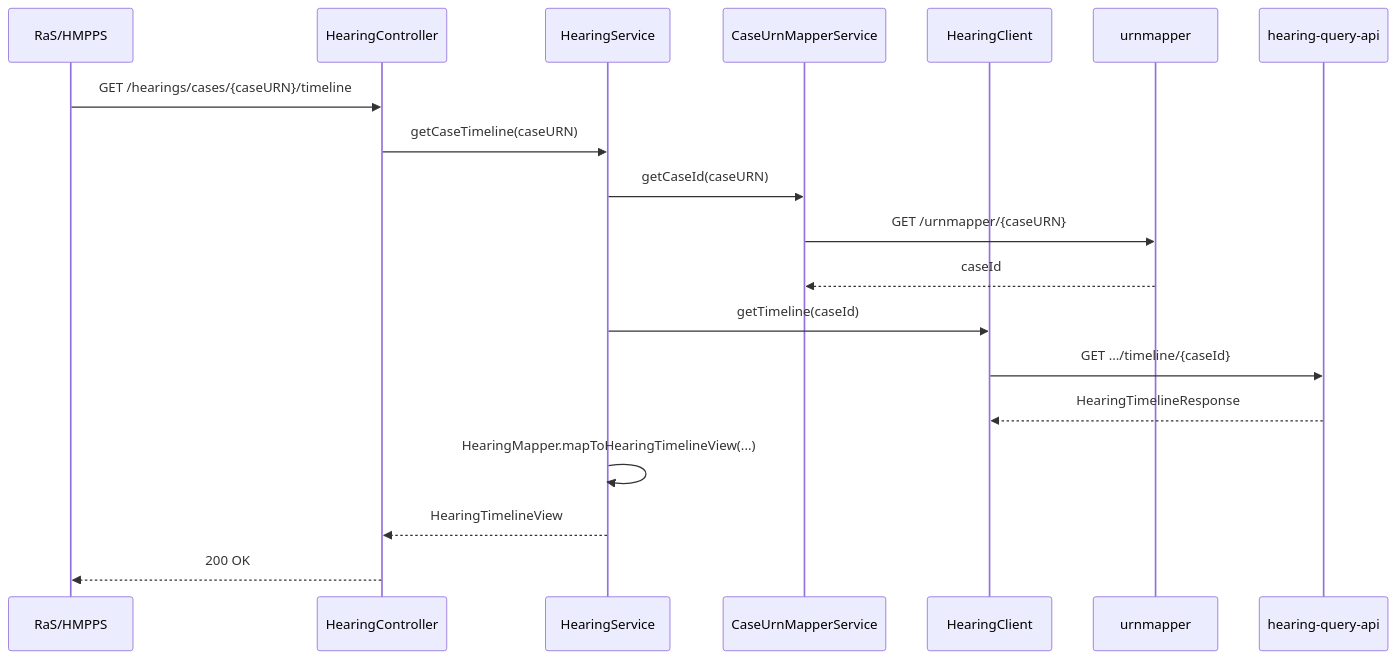
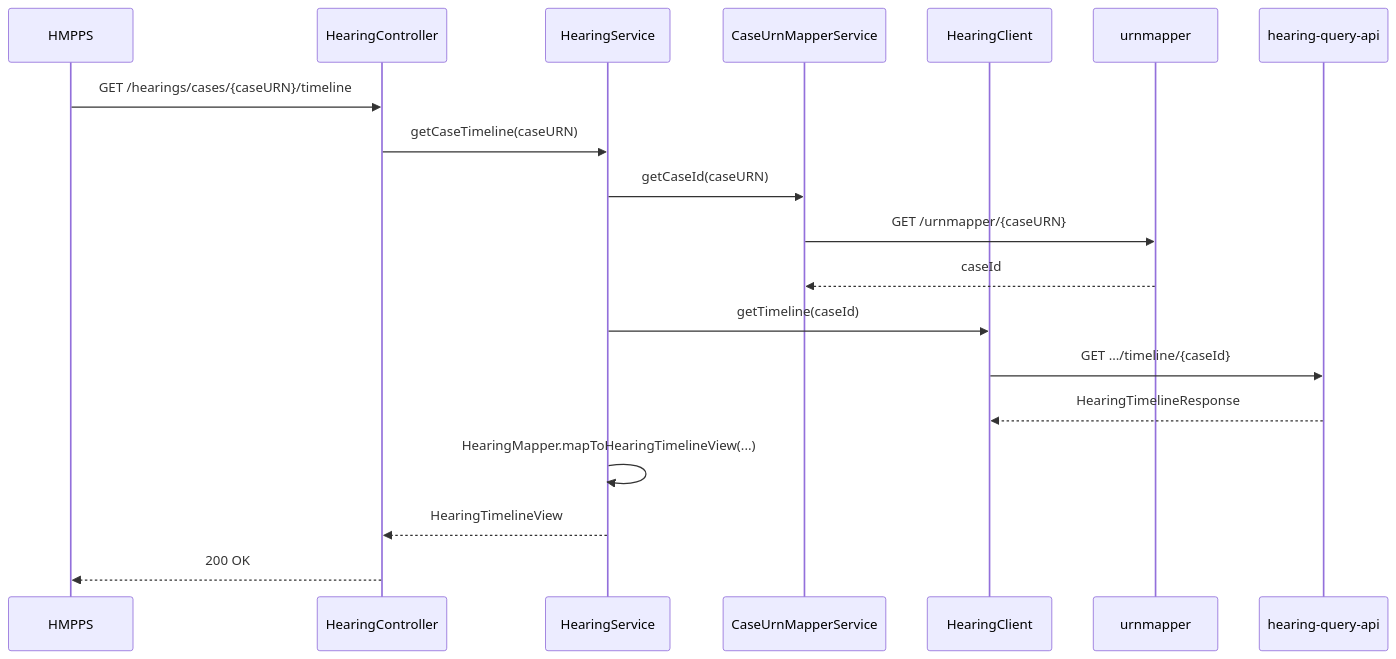
Before and after one commit to hmcts/service-cp-crime-hearing: the third of 4 diagrams in docs/architecture.md, drawn with Mermaid. The commit also changed other lines of this file and 3 other files, not shown here.

````diff
--- a/docs/architecture.md
+++ b/docs/architecture.md
@@ -71,22 +69,22 @@
 ```mermaid
 sequenceDiagram
-    participant Client as RaS/HMPPS
+    participant Client as HMPPS
     participant Ctrl as HearingController
     participant Svc as HearingService
     participant UrnSvc as CaseUrnMapperService
     participant HClient as HearingClient
     participant Urn as urnmapper
     participant HQA as hearing-query-api
 
     Client->>Ctrl: GET /hearings/cases/{caseURN}/timeline
     Ctrl->>Svc: getCaseTimeline(caseURN)
     Svc->>UrnSvc: getCaseId(caseURN)
     UrnSvc->>Urn: GET /urnmapper/{caseURN}
     Urn-->>UrnSvc: caseId
     Svc->>HClient: getTimeline(caseId)
     HClient->>HQA: GET .../timeline/{caseId}
     HQA-->>HClient: HearingTimelineResponse
     Svc->>Svc: HearingMapper.mapToHearingTimelineView(...)
     Svc-->>Ctrl: HearingTimelineView
     Ctrl-->>Client: 200 OK
 ```
````
